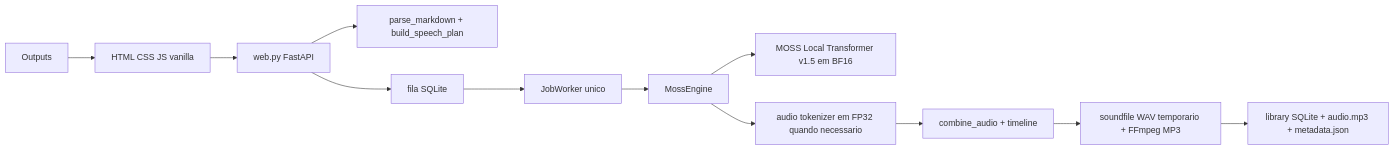
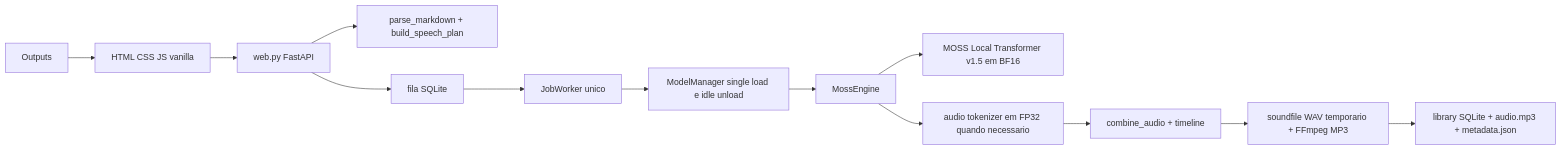
Before and after one commit to DanielCamposSantos/markdown-tts: the first of 2 diagrams in docs/ARCHITECTURE.md, drawn with Mermaid. The commit also changed other lines of this file and 10 other files, not shown here.

````diff
--- a/docs/ARCHITECTURE.md
+++ b/docs/ARCHITECTURE.md
@@ -13,14 +13,15 @@
 ```mermaid
 flowchart LR
     Browser[HTML CSS JS vanilla] --> API[web.py FastAPI]
     API --> Plan[parse_markdown + build_speech_plan]
     API --> Jobs[fila SQLite]
     Jobs --> Worker[JobWorker unico]
-    Worker --> Engine[MossEngine]
+    Worker --> Manager[ModelManager single load e idle unload]
+    Manager --> Engine[MossEngine]
     Engine --> Model[MOSS Local Transformer v1.5 em BF16]
     Engine --> Codec[audio tokenizer em FP32 quando necessario]
     Codec --> Assemble[combine_audio + timeline]
     Assemble --> IO[soundfile WAV temporario + FFmpeg MP3]
     IO --> Library[library SQLite + audio.mp3 + metadata.json]
     Outputs --> Browser
 ```
````
